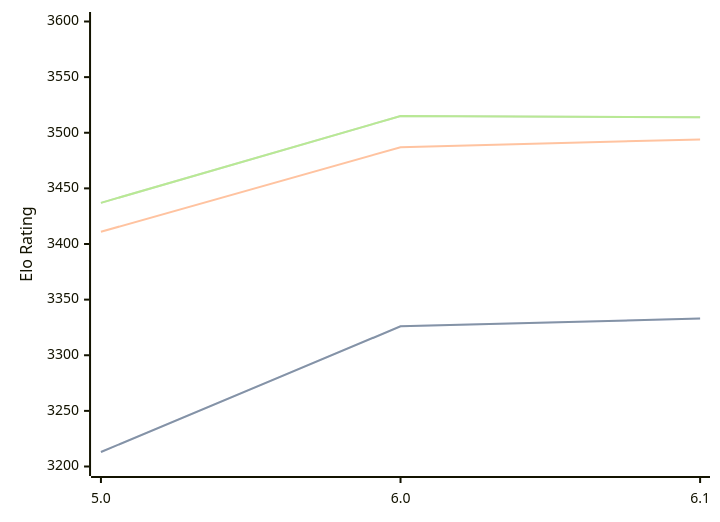
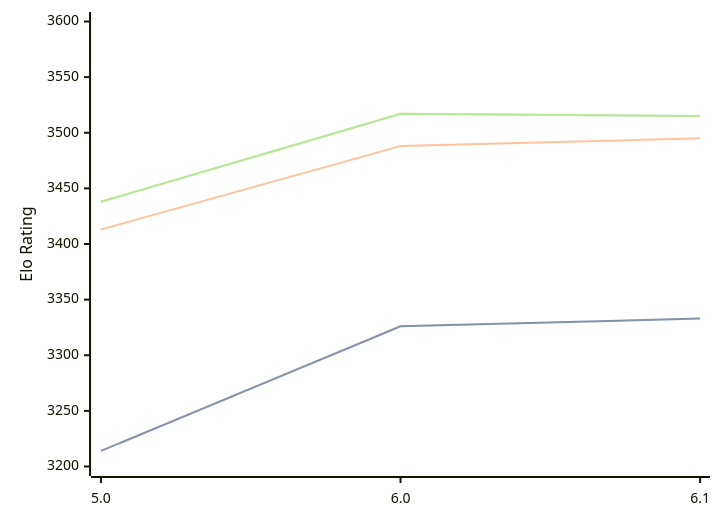
The diagram in engines/Starzix.md (computer-chess-index/cci), drawn with Mermaid before and after one commit. The commit also changed other lines of this file, not shown here.

Commit message:
Update CCI Ratings (ELO VLTC) - 2026-09-08

````diff
--- a/engines/Starzix.md
+++ b/engines/Starzix.md
@@ -33,11 +33,11 @@
 ```mermaid
 %%{init: {"theme":"base","themeVariables":{"seriesColors:['#a3a3a3','#222221','#faa371']}}}%%
 xychart-beta
   x-axis ["5.0", "6.0", "6.1"]
   y-axis "Elo Rating" 3200 --> 3600
-  line "" [3213, 3326, 3333]
-  line "STC (8.0+0.08s)" [3213, 3326, 3333]
-  line "LTC (60.0+0.60s)" [3411, 3487, 3494]
-  line "" [3437, 3515, 3514]
-  line "VLTC (2m24s+1.12s)" [3437, 3515, 3514]
+  line "" [3214, 3326, 3333]
+  line "STC (8.0+0.08s)" [3214, 3326, 3333]
+  line "LTC (60.0+0.60s)" [3413, 3488, 3495]
+  line "" [3438, 3517, 3515]
+  line "VLTC (2m24s+1.12s)" [3438, 3517, 3515]
 ```
````
